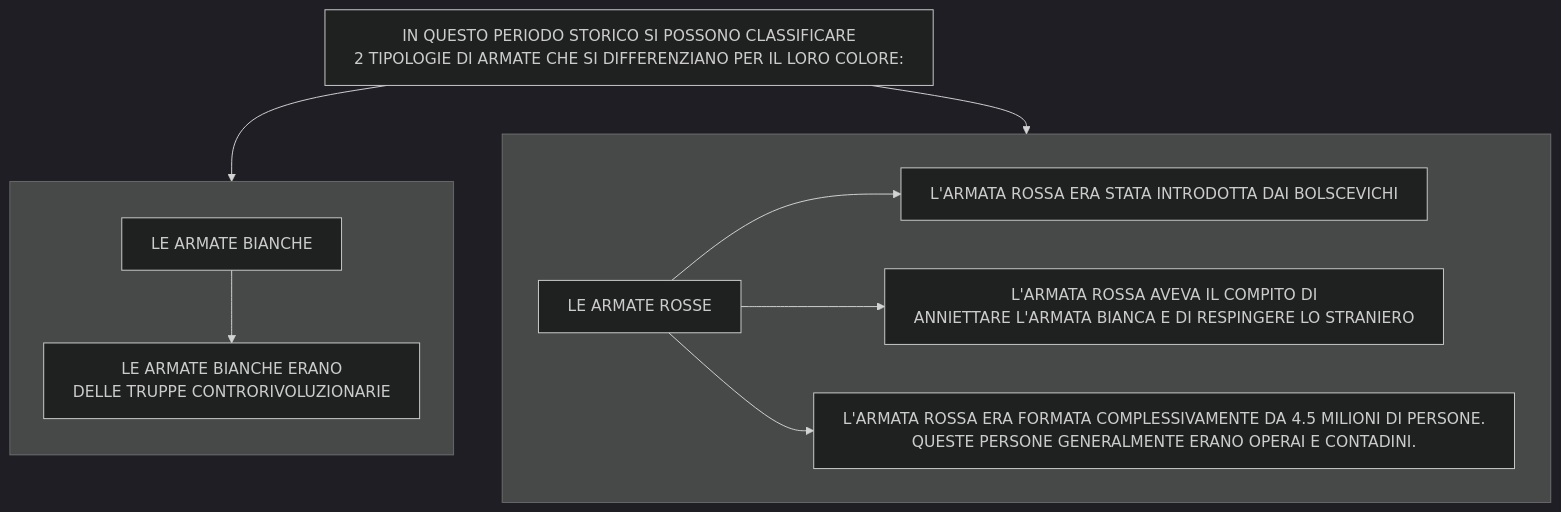
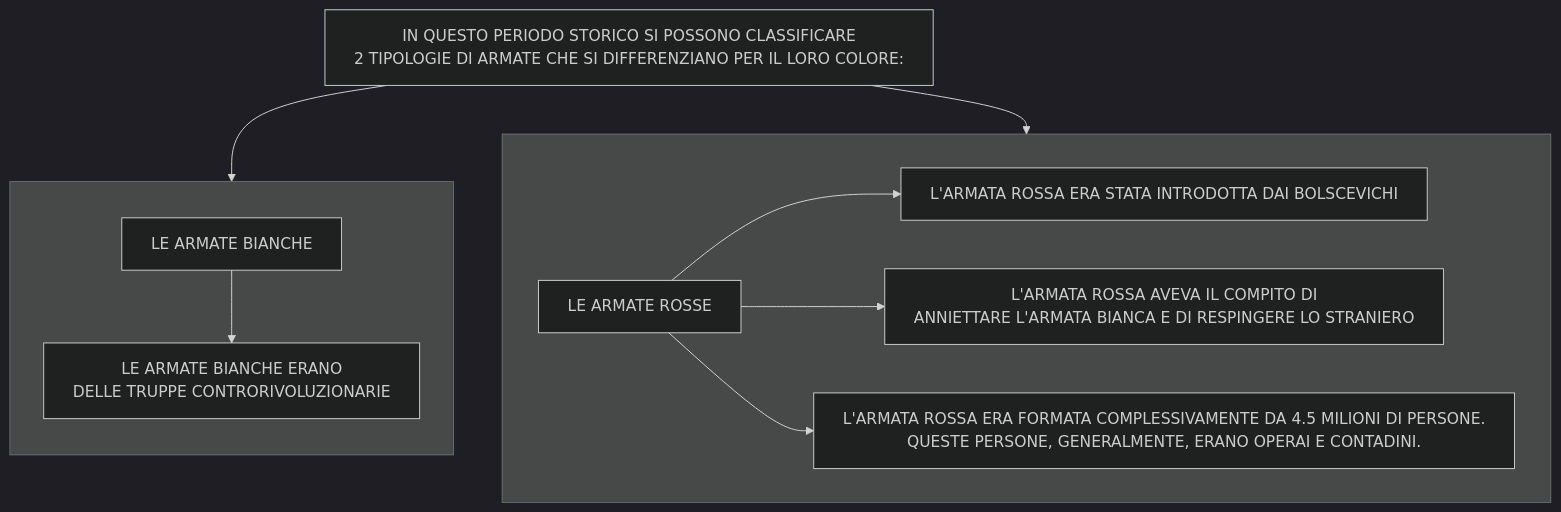
Before and after one commit to Laaouatni/ricerca-storia-MermaidJS: the sixth of 6 diagrams in stalinismoRiscrittura.md, drawn with Mermaid (dark theme).

````diff
--- a/stalinismoRiscrittura.md
+++ b/stalinismoRiscrittura.md
@@ -98,19 +98,19 @@
 ```mermaid
 %%{init: { "flowchart": { "wrappingWidth": 700 } }}%%
 flowchart TB
   0[IN QUESTO PERIODO STORICO SI POSSONO CLASSIFICARE <br>2 TIPOLOGIE DI ARMATE CHE SI DIFFERENZIANO PER IL LORO COLORE:]
   subgraph 1[" "]
     direction TB;
     10[LE ARMATE BIANCHE]
     100[LE ARMATE BIANCHE ERANO <br>DELLE TRUPPE CONTRORIVOLUZIONARIE]
     10 --> 100
   end
   subgraph 2[" "]
     11[LE ARMATE ROSSE]
     110[L'ARMATA ROSSA ERA STATA INTRODOTTA DAI BOLSCEVICHI]
     111[L'ARMATA ROSSA AVEVA IL COMPITO DI <br>ANNIETTARE L'ARMATA BIANCA E DI RESPINGERE LO STRANIERO]
-    112[L'ARMATA ROSSA ERA FORMATA COMPLESSIVAMENTE DA 4.5 MILIONI DI PERSONE. <br> QUESTE PERSONE GENERALMENTE ERANO OPERAI E CONTADINI.]
+    112[L'ARMATA ROSSA ERA FORMATA COMPLESSIVAMENTE DA 4.5 MILIONI DI PERSONE. <br> QUESTE PERSONE, GENERALMENTE, ERANO OPERAI E CONTADINI.]
     11 --> 110 & 111 & 112
   end
   0 --> 1 & 2
 ```
````
